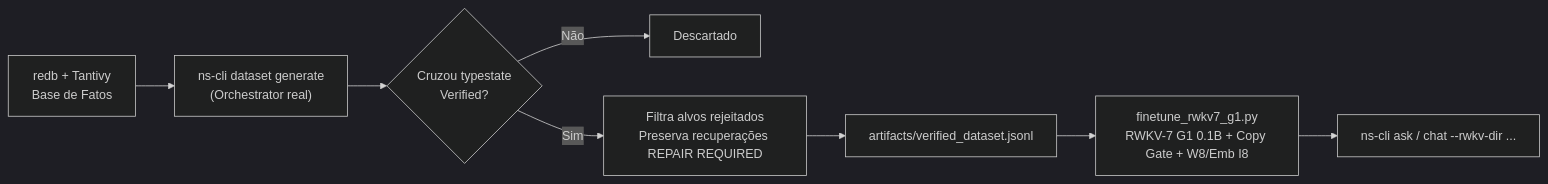
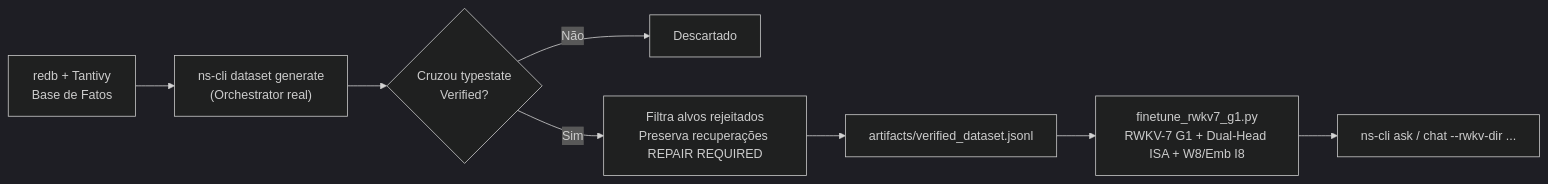
One commit to GenildoNogueira/neural-sym changed the fourth of 5 diagrams in README.md. Above: the diagram before and after it, drawn with Mermaid (dark theme). The commit also changed other lines of this file and 1 other file, not shown here.

````diff
--- a/README.md
+++ b/README.md
@@ -188,10 +195,10 @@
 ```mermaid
 flowchart LR
     DB["redb + Tantivy<br/>Base de Fatos"] --> GEN["ns-cli dataset generate<br/>(Orchestrator real)"]
     GEN --> GATE{"Cruzou typestate<br/>Verified?"}
     GATE -- Não --> DROP["Descartado"]
     GATE -- Sim --> FILTER["Filtra alvos rejeitados<br/>Preserva recuperações REPAIR REQUIRED"]
     FILTER --> JSONL["artifacts/verified_dataset.jsonl"]
-    JSONL --> SFT7["finetune_rwkv7_g1.py<br/>RWKV-7 G1 0.1B + Copy Gate + W8/Emb I8"]
+    JSONL --> SFT7["finetune_rwkv7_g1.py<br/>RWKV-7 G1 + Dual-Head ISA + W8/Emb I8"]
     SFT7 --> INFER["ns-cli ask / chat --rwkv-dir ..."]
 ```
````
